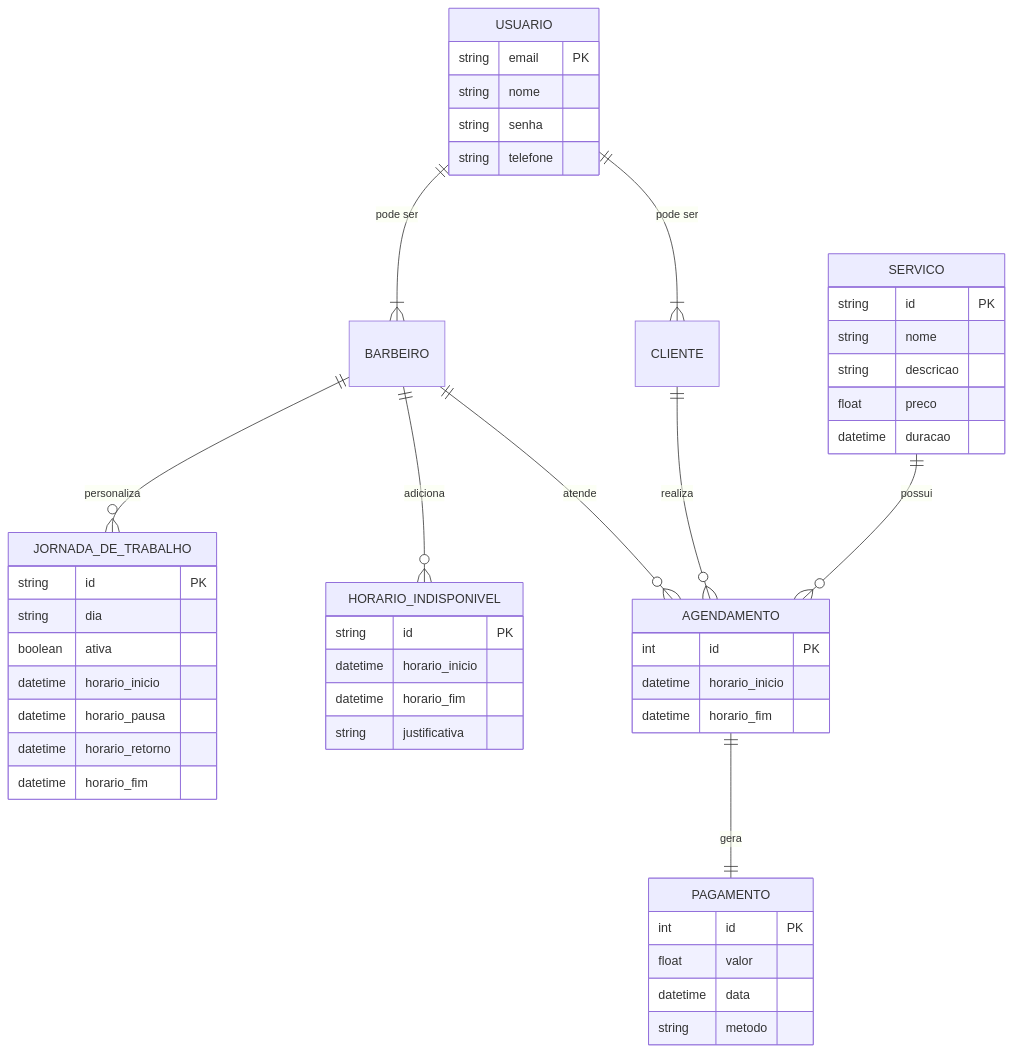
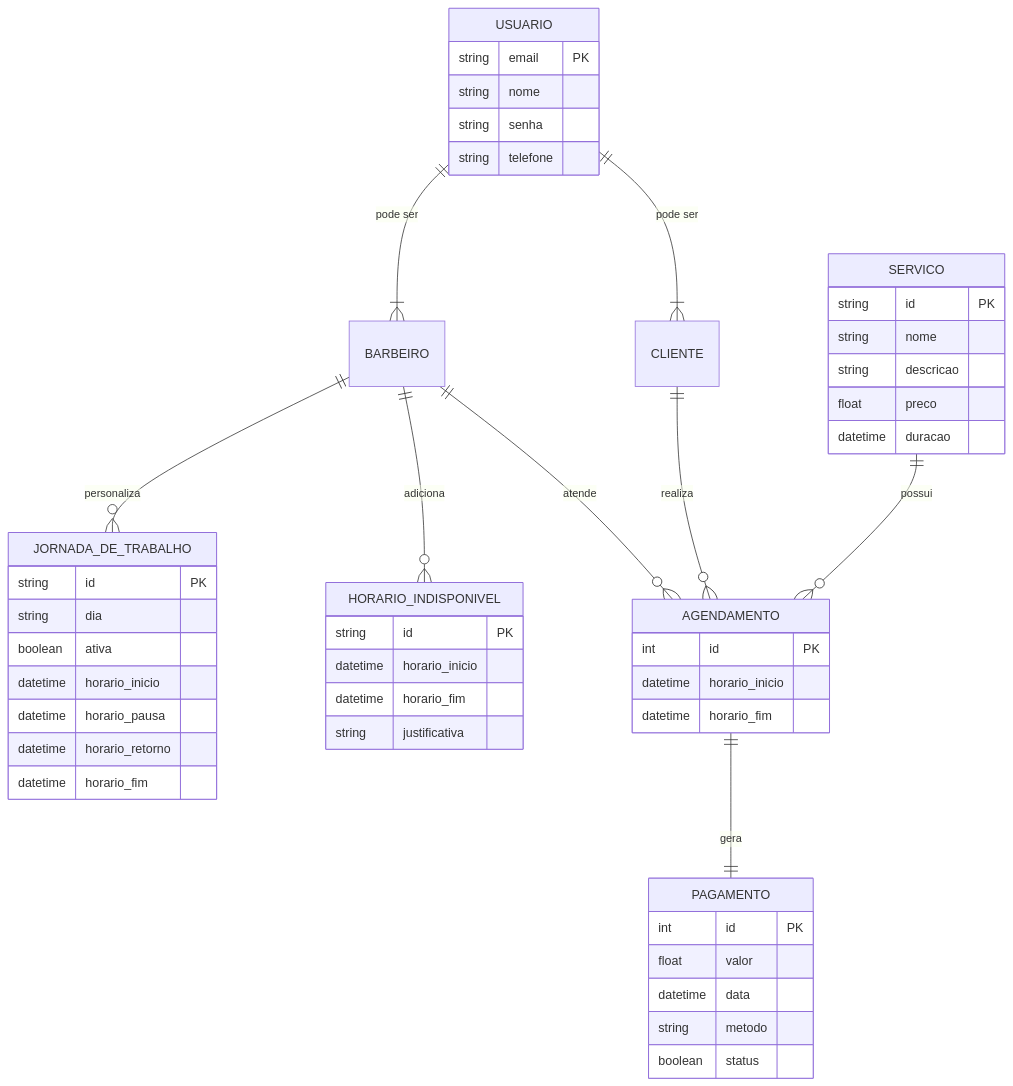
The diagram in docs/doc-visao.md (AlecYalcin/KNN-Barber-App), drawn with Mermaid before and after one commit. The commit also changed 1 other file, not shown here.

Commit message:
refactor: Atualização do modleo de dados entidade-relacionamento e dicionário de dados

````diff
--- a/docs/doc-visao.md
+++ b/docs/doc-visao.md
@@ -99,69 +99,70 @@
 ```mermaid
 erDiagram
     USUARIO {
         string email PK
         string nome
         string senha
         string telefone
     }
 
     CLIENTE {
     }
 
     BARBEIRO {
 
     }
 
     JORNADA_DE_TRABALHO {
         string id PK
         string dia
         boolean ativa
         datetime horario_inicio
         datetime horario_pausa
         datetime horario_retorno
         datetime horario_fim
     }
 
     HORARIO_INDISPONIVEL {
         string id PK
         datetime horario_inicio
         datetime horario_fim
         string justificativa
     }
 
 
     SERVICO {
         string id PK
         string nome
         string descricao
         float preco
         datetime duracao
     }
 
     AGENDAMENTO {
         int id PK
         datetime horario_inicio
         datetime horario_fim
     }
 
 
     PAGAMENTO {
         int id PK
         float valor
         datetime data
         string metodo
+        boolean status
     }
 
     USUARIO ||--|{ CLIENTE: "pode ser"
     USUARIO ||--|{ BARBEIRO: "pode ser"
 
     BARBEIRO ||--o{ JORNADA_DE_TRABALHO: "personaliza"
     BARBEIRO ||--o{ HORARIO_INDISPONIVEL: "adiciona"
 
     BARBEIRO ||--o{ AGENDAMENTO: "atende"
     CLIENTE ||--o{ AGENDAMENTO: "realiza"
     SERVICO ||--o{ AGENDAMENTO: "possui"
     AGENDAMENTO ||--|| PAGAMENTO: "gera"
 
 
 ```
````
